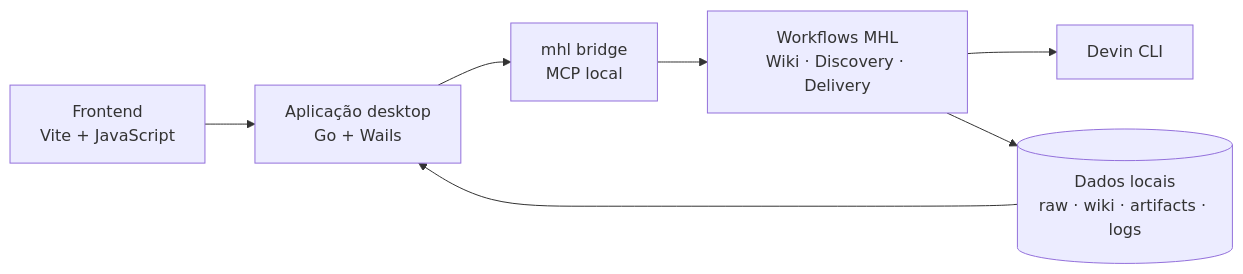
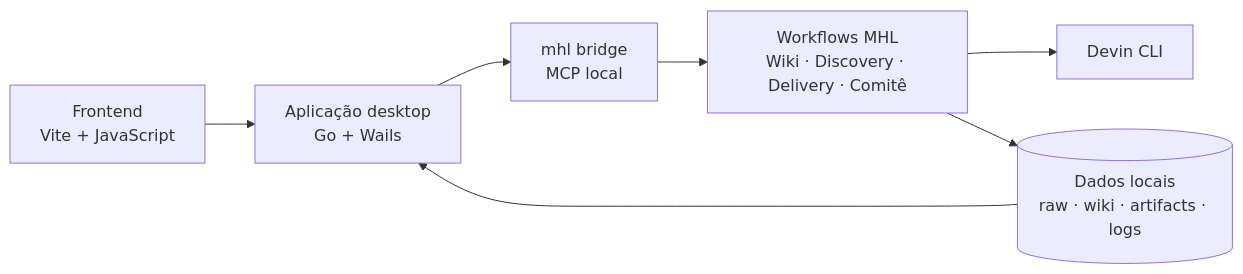
The diagram in README.md (yanjustino/proj-poc), drawn with Mermaid before and after one commit. The commit also changed other lines of this file and 41 other files, not shown here.

First line of the commit message:
feat: Add new prompts and schemas for architectural decision-making process

````diff
--- a/README.md
+++ b/README.md
@@ -55,9 +58,9 @@
 ```mermaid
 flowchart LR
     UI[Frontend<br>Vite + JavaScript] --> APP[Aplicação desktop<br>Go + Wails]
     APP --> BRIDGE[mhl bridge<br>MCP local]
-    BRIDGE --> WF[Workflows MHL<br>Wiki · Discovery · Delivery]
+    BRIDGE --> WF[Workflows MHL<br>Wiki · Discovery · Delivery · Comitê]
     WF --> LLM[Devin CLI]
     WF --> DATA[(Dados locais<br>raw · wiki · artifacts · logs)]
     DATA --> APP
 ```
````
